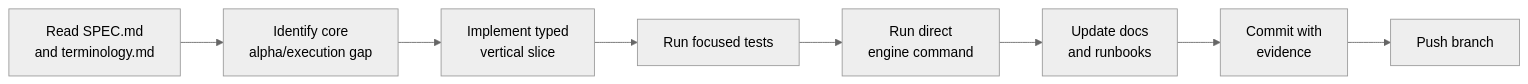
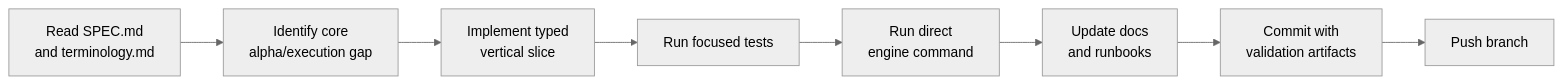
Before and after one commit to gigio1023/lincei-quant-research-engine: the diagram in CONTRIBUTING.md, drawn with Mermaid (neutral theme). The commit also changed other lines of this file and 206 other files, not shown here.

````diff
--- a/CONTRIBUTING.md
+++ b/CONTRIBUTING.md
@@ -20,10 +20,10 @@
 ```mermaid
 flowchart LR
     SPEC["Read SPEC.md<br/>and terminology.md"] --> GAP["Identify core<br/>alpha/execution gap"]
     GAP --> CODE["Implement typed<br/>vertical slice"]
     CODE --> TEST["Run focused tests"]
     TEST --> DIRECT["Run direct<br/>engine command"]
     DIRECT --> DOCS["Update docs<br/>and runbooks"]
-    DOCS --> COMMIT["Commit with<br/>evidence"]
+    DOCS --> COMMIT["Commit with<br/>validation artifacts"]
     COMMIT --> PUSH["Push branch"]
 ```
````
